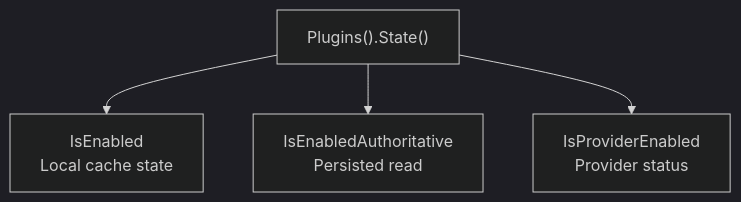
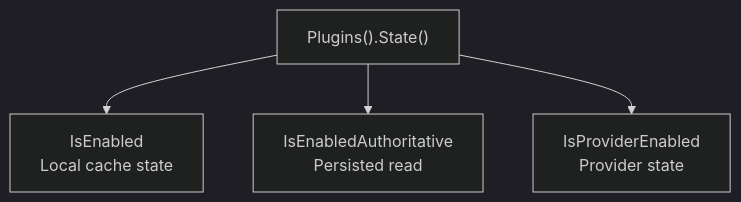
The second of 3 diagrams in apps/lina-site/i18n/en/docusaurus-plugin-content-docs/current/docs/3000-domain-capabilities/8100-plugins.md (linaproai/linapro-site), drawn with Mermaid (dark theme) before and after one commit. The commit also changed other lines of this file and 56 other files, not shown here.

Commit message:
Refactor documentation for tenant and user capabilities; enhance clarity and consistency in descriptions, method names, and usage examples. Update overview and architecture sections for improved readability and coherence. Adjust demo instructions and project positioning for better user guidance.

````diff
--- a/apps/lina-site/i18n/en/docusaurus-plugin-content-docs/current/docs/3000-domain-capabilities/8100-plugins.md
+++ b/apps/lina-site/i18n/en/docusaurus-plugin-content-docs/current/docs/3000-domain-capabilities/8100-plugins.md
@@ -84,6 +90,6 @@
 ```mermaid
 graph TB
     State["Plugins().State()"] --> Snapshot["IsEnabled<br/>Local cache state"]
     State --> Authoritative["IsEnabledAuthoritative<br/>Persisted read"]
-    State --> Provider["IsProviderEnabled<br/>Provider status"]
+    State --> Provider["IsProviderEnabled<br/>Provider state"]
 ```
````
